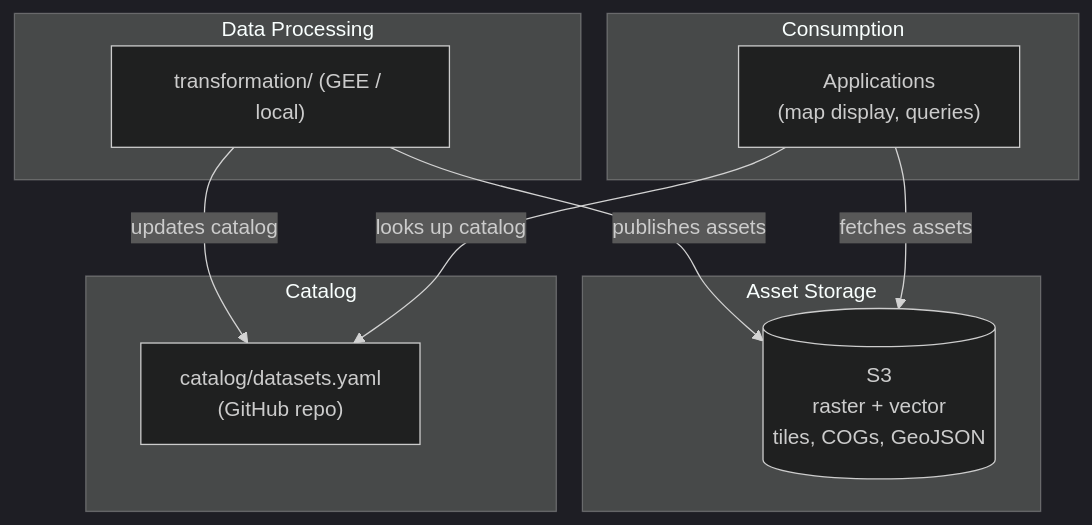
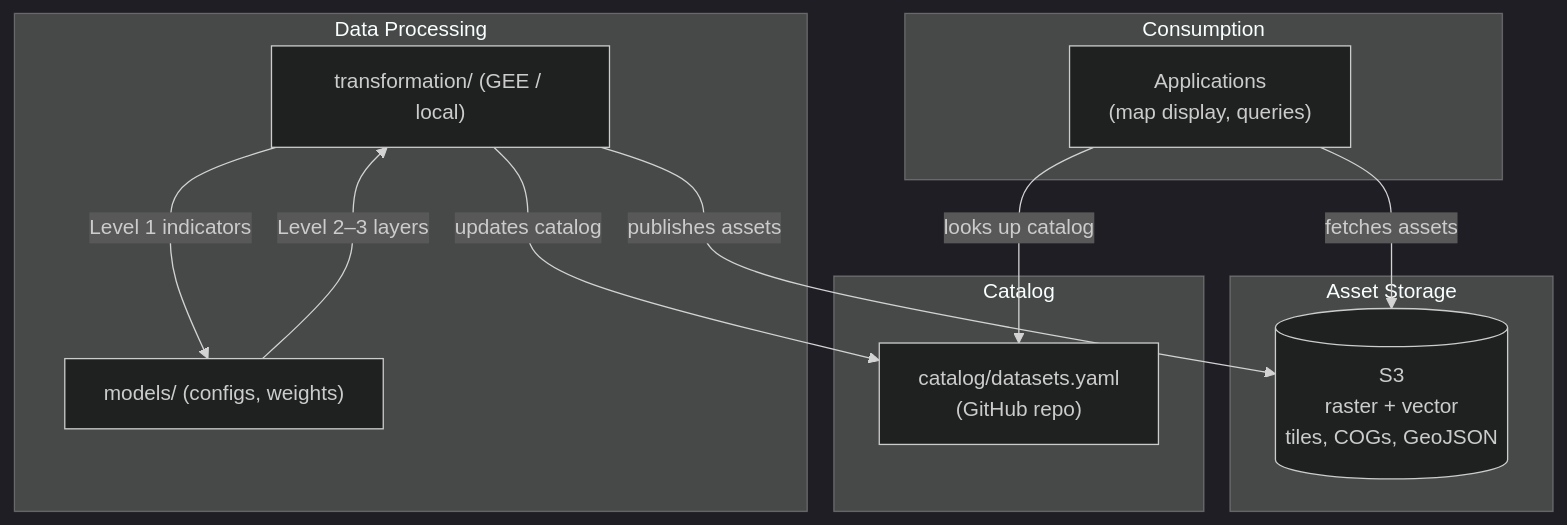
One commit to Open-Earth-Foundation/geospatial-data changed the diagram in architecture.md. Above: the diagram before and after it, drawn with Mermaid (dark theme). The commit also changed other lines of this file and 3 other files, not shown here.

````diff
--- a/architecture.md
+++ b/architecture.md
@@ -18,23 +18,26 @@
 ```mermaid
 flowchart TB
     subgraph Processing["Data Processing"]
         DP["transformation/ (GEE / local)"]
+        M["models/ (configs, weights)"]
     end
 
     subgraph Storage["Asset Storage"]
         S3[("S3\nraster + vector\ntiles, COGs, GeoJSON")]
     end
 
     subgraph Catalog["Catalog"]
         YAML["catalog/datasets.yaml\n(GitHub repo)"]
     end
 
     subgraph Consume["Consumption"]
         APP["Applications\n(map display, queries)"]
     end
 
+    DP -->|"Level 1 indicators"| M
+    M -->|"Level 2–3 layers"| DP
     DP -->|"publishes assets"| S3
     DP -->|"updates catalog"| YAML
     APP -->|"looks up catalog"| YAML
     APP -->|"fetches assets"| S3
 ```
````
